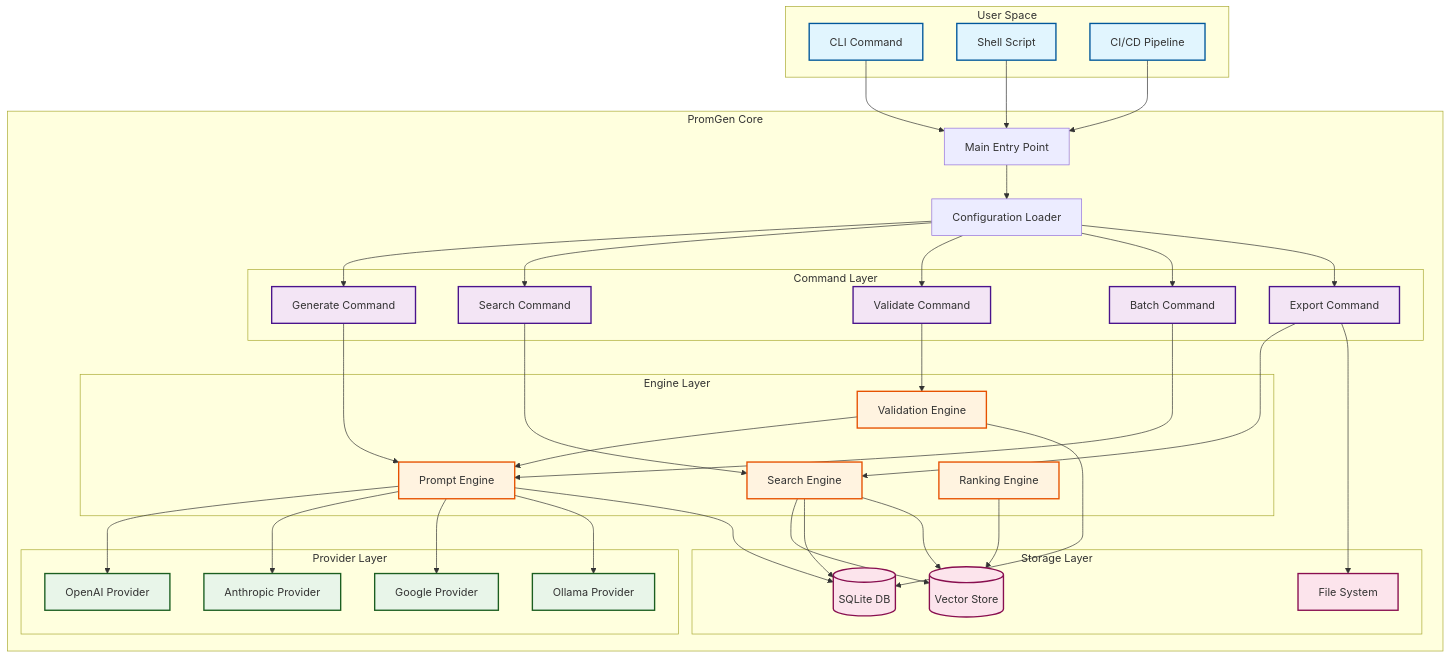
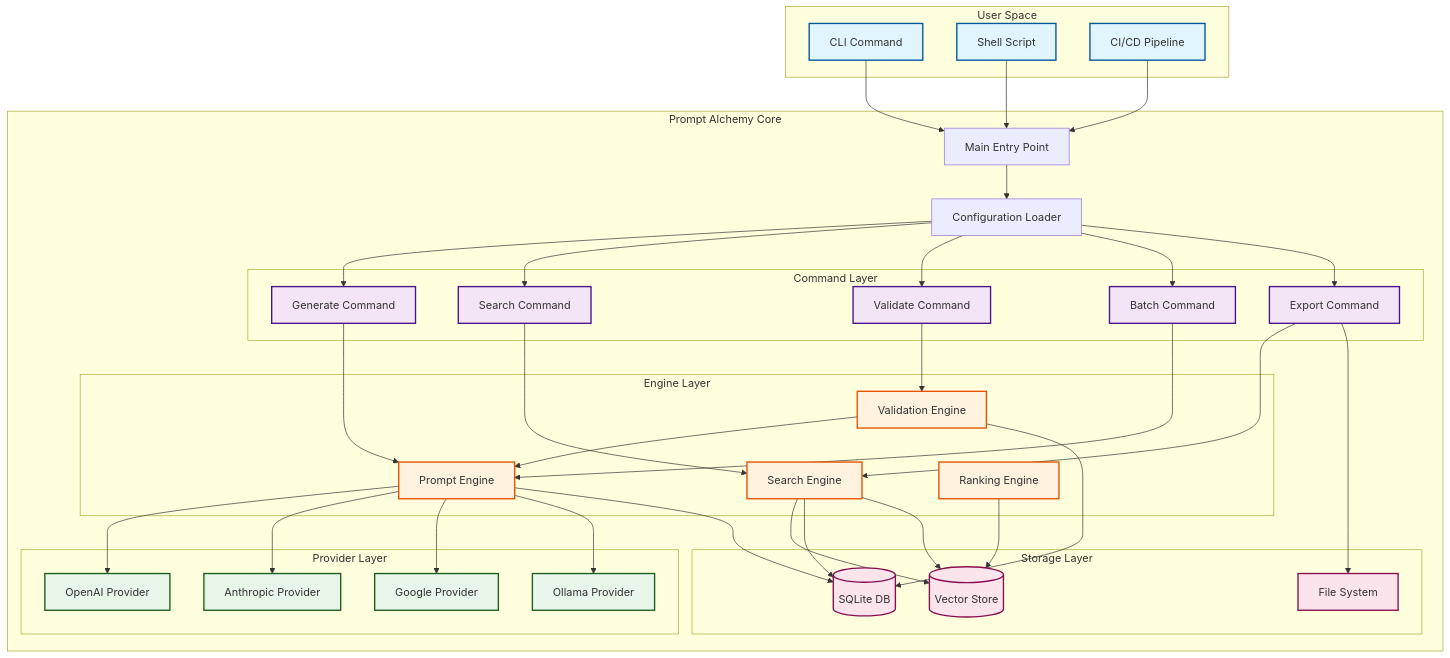
One commit to jonwraymond/prompt-alchemy changed the first of 3 diagrams in docs/assets/diagrams/on-demand-architecture.md. Above: the diagram before and after it, drawn with Mermaid. The commit also changed 10 other files, not shown here.

```diff
--- a/docs/assets/diagrams/on-demand-architecture.md
+++ b/docs/assets/diagrams/on-demand-architecture.md
@@ -8,7 +8,7 @@
         CICD[CI/CD Pipeline]
     end
 
-    subgraph "PromGen Core"
+    subgraph "Prompt Alchemy Core"
         Main[Main Entry Point]
         Config[Configuration Loader]
         
```
